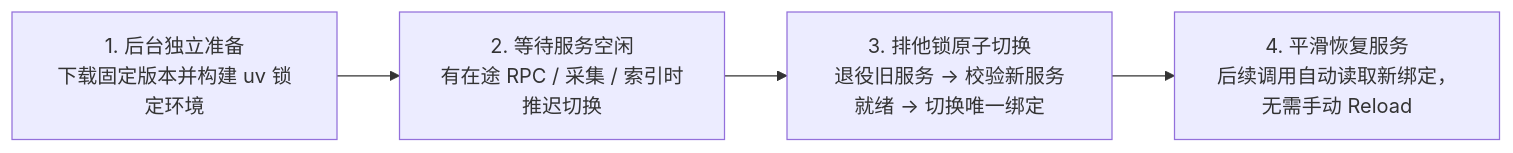
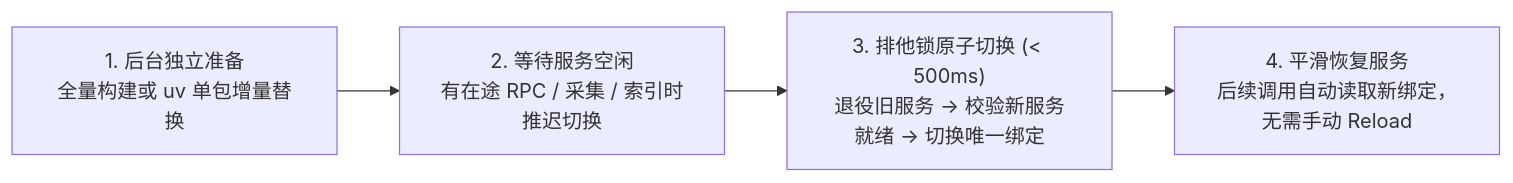
One commit to grandolantow/mindie-agent changed the diagram in docs/release-compatibility-and-update.md. Above: the diagram before and after it, drawn with Mermaid. The commit also changed other lines of this file and 29 other files, not shown here.

Commit message:
docs(architecture): remove version-pinned phrasing from evergreen design docs and add 0.1 release channel

````diff
--- a/docs/release-compatibility-and-update.md
+++ b/docs/release-compatibility-and-update.md
@@ -78,6 +120,6 @@
 ```mermaid
 flowchart LR
-    P["1. 后台独立准备<br/>下载固定版本并构建 uv 锁定环境"] --> W["2. 等待服务空闲<br/>有在途 RPC / 采集 / 索引时推迟切换"]
-    W --> S["3. 排他锁原子切换<br/>退役旧服务 -> 校验新服务就绪 -> 切换唯一绑定"]
+    P["1. 后台独立准备<br/>全量构建或 uv 单包增量替换"] --> W["2. 等待服务空闲<br/>有在途 RPC / 采集 / 索引时推迟切换"]
+    W --> S["3. 排他锁原子切换 (< 500ms)<br/>退役旧服务 -> 校验新服务就绪 -> 切换唯一绑定"]
     S --> R["4. 平滑恢复服务<br/>后续调用自动读取新绑定，无需手动 Reload"]
 ```
````
